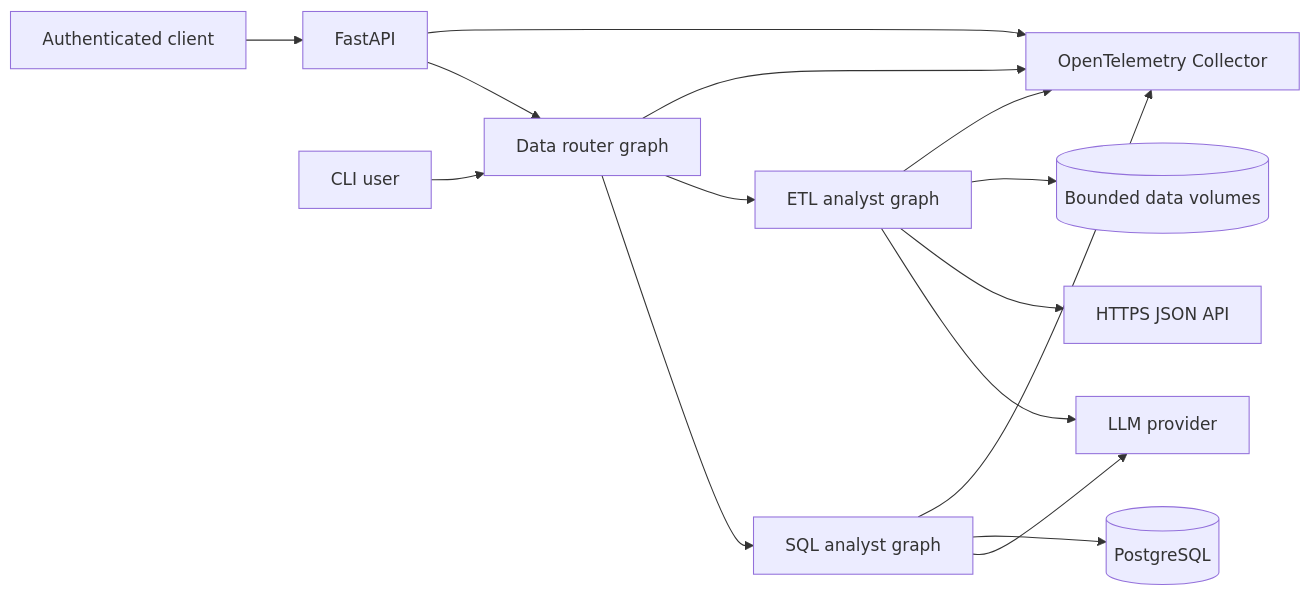
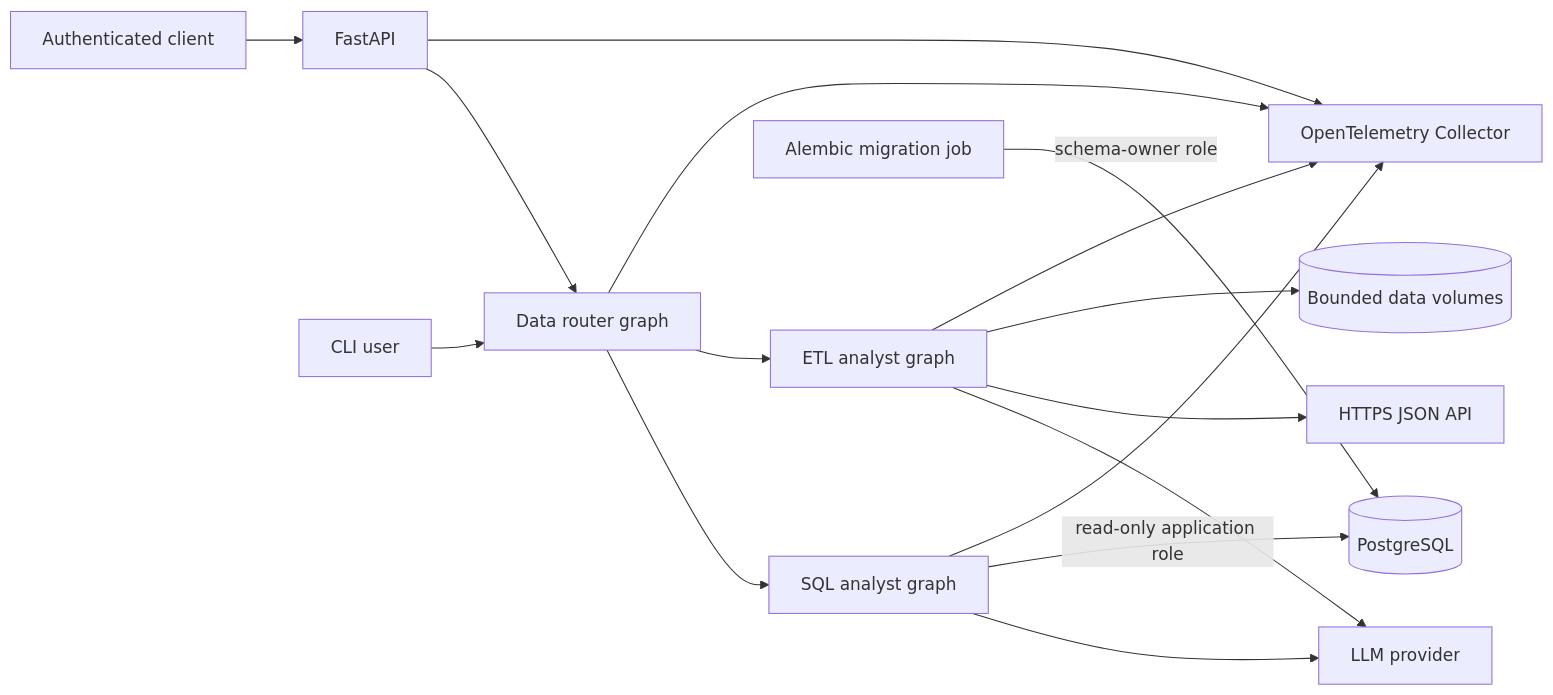
The first of 3 diagrams in docs/ARCHITECTURE.md (manickandan-git/data_agent), drawn with Mermaid before and after one commit. The commit also changed other lines of this file and 9 other files, not shown here.

First line of the commit message:
feat: enforce separate PostgreSQL migration and read-only roles

````diff
--- a/docs/ARCHITECTURE.md
+++ b/docs/ARCHITECTURE.md
@@ -10,17 +10,18 @@
 ```mermaid
 flowchart LR
     User[Authenticated client] --> API[FastAPI]
     CLI[CLI user] --> Router[Data router graph]
     API --> Router
     Router --> SQL[SQL analyst graph]
     Router --> ETL[ETL analyst graph]
     SQL --> LLM[LLM provider]
     ETL --> LLM
-    SQL --> DB[(PostgreSQL)]
+    SQL -->|read-only application role| DB[(PostgreSQL)]
+    Migrations[Alembic migration job] -->|schema-owner role| DB
     ETL --> HTTPS[HTTPS JSON API]
     ETL --> Files[(Bounded data volumes)]
     API --> OTEL[OpenTelemetry Collector]
     Router --> OTEL
     SQL --> OTEL
     ETL --> OTEL
 ```
````
